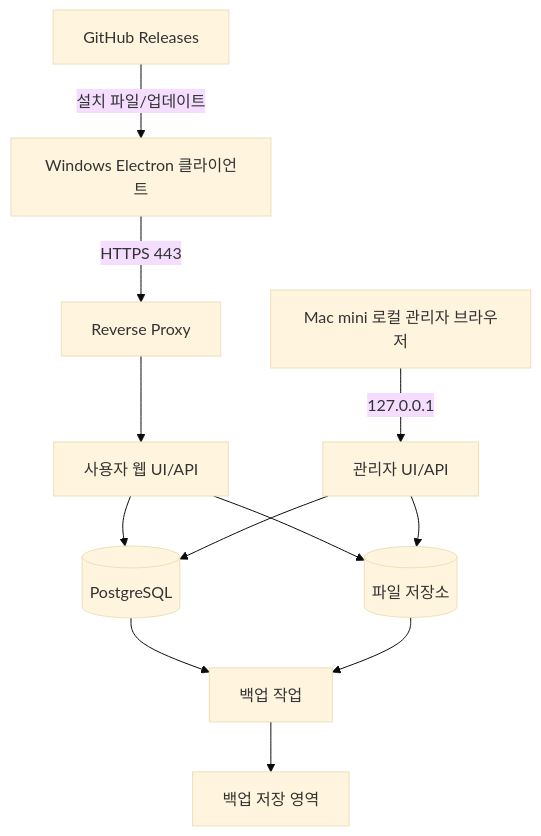
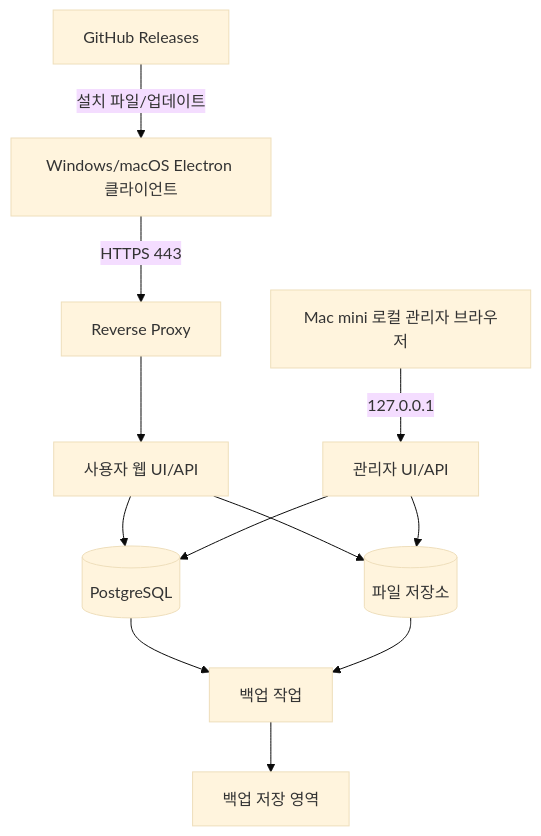
One commit to hayounggwang6684/MyErp changed the diagram in docs/architecture/02-deployment-and-storage-architecture.md. Above: the diagram before and after it, drawn with Mermaid (base theme). The commit also changed other lines of this file and 22 other files, not shown here.

````diff
--- a/docs/architecture/02-deployment-and-storage-architecture.md
+++ b/docs/architecture/02-deployment-and-storage-architecture.md
@@ -35,17 +35,17 @@
 ```mermaid
 flowchart TD
 
-U[Windows Electron 클라이언트] -->|HTTPS 443| RP[Reverse Proxy]
+U[Windows/macOS Electron 클라이언트] -->|HTTPS 443| RP[Reverse Proxy]
 GR[GitHub Releases] -->|설치 파일/업데이트| U
 M[Mac mini 로컬 관리자 브라우저] -->|127.0.0.1| ADMIN[관리자 UI/API]
 
 RP --> WEB[사용자 웹 UI/API]
 WEB --> DB[(PostgreSQL)]
 ADMIN --> DB
 WEB --> FS[(파일 저장소)]
 ADMIN --> FS
 
 DB --> BK[백업 작업]
 FS --> BK
 BK --> SNAP[백업 저장 영역]
 ```
````
